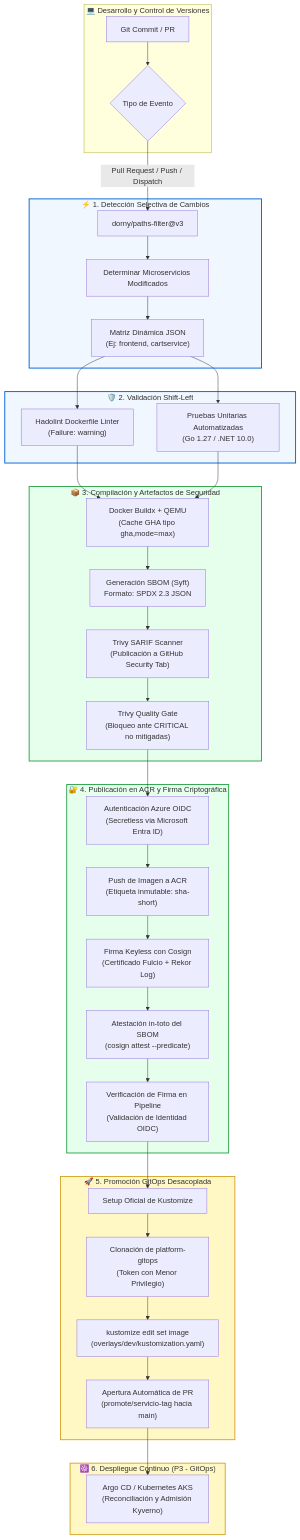
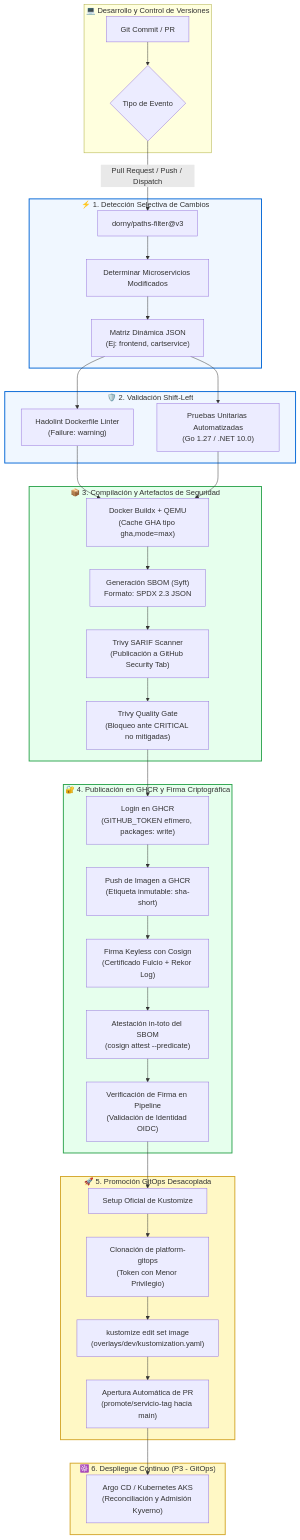
One commit to miguelortiz13/online-boutique-ci changed the diagram in README.md. Above: the diagram before and after it, drawn with Mermaid. The commit also changed other lines of this file and 3 other files, not shown here.

First line of the commit message:
feat(ci): publicar imágenes en GHCR en lugar de ACR (#9)

````diff
--- a/README.md
+++ b/README.md
@@ -16,50 +16,50 @@
 ```mermaid
 flowchart TD
     subgraph DevWork ["💻 Desarrollo y Control de Versiones"]
         Commit["Git Commit / PR"] --> EventFilter{"Tipo de Evento"}
     end
 
     subgraph Phase1 ["⚡ 1. Detección Selectiva de Cambios"]
         EventFilter -->|Pull Request / Push / Dispatch| PF["dorny/paths-filter@v3"]
         PF --> SvcDetect["Determinar Microservicios Modificados"]
         SvcDetect --> SvcMatrix["Matriz Dinámica JSON<br/>(Ej: frontend, cartservice)"]
     end
 
     subgraph Phase2 ["🛡️ 2. Validación Shift-Left"]
         SvcMatrix --> Hadolint["Hadolint Dockerfile Linter<br/>(Failure: warning)"]
         SvcMatrix --> UnitTests["Pruebas Unitarias Automatizadas<br/>(Go 1.27 / .NET 10.0)"]
     end
 
     subgraph Phase3 ["📦 3. Compilación y Artefactos de Seguridad"]
         Hadolint & UnitTests --> Buildx["Docker Buildx + QEMU<br/>(Cache GHA tipo gha,mode=max)"]
         Buildx --> Syft["Generación SBOM (Syft)<br/>Formato: SPDX 2.3 JSON"]
         Syft --> TrivySarif["Trivy SARIF Scanner<br/>(Publicación a GitHub Security Tab)"]
         TrivySarif --> TrivyGate["Trivy Quality Gate<br/>(Bloqueo ante CRITICAL no mitigadas)"]
     end
 
-    subgraph Phase4 ["🔐 4. Publicación en ACR y Firma Criptográfica"]
-        TrivyGate --> AzureOIDC["Autenticación Azure OIDC<br/>(Secretless via Microsoft Entra ID)"]
-        AzureOIDC --> ACRPush["Push de Imagen a ACR<br/>(Etiqueta inmutable: sha-short)"]
+    subgraph Phase4 ["🔐 4. Publicación en GHCR y Firma Criptográfica"]
+        TrivyGate --> GhcrLogin["Login en GHCR<br/>(GITHUB_TOKEN efímero, packages: write)"]
+        GhcrLogin --> ACRPush["Push de Imagen a GHCR<br/>(Etiqueta inmutable: sha-short)"]
         ACRPush --> CosignSign["Firma Keyless con Cosign<br/>(Certificado Fulcio + Rekor Log)"]
         CosignSign --> CosignAttest["Atestación in-toto del SBOM<br/>(cosign attest --predicate)"]
         CosignAttest --> CosignVerify["Verificación de Firma en Pipeline<br/>(Validación de Identidad OIDC)"]
     end
 
     subgraph Phase5 ["🚀 5. Promoción GitOps Desacoplada"]
         CosignVerify --> KustomizeSetup["Setup Oficial de Kustomize"]
         KustomizeSetup --> CloneGitOps["Clonación de platform-gitops<br/>(Token con Menor Privilegio)"]
         CloneGitOps --> KustomizeEdit["kustomize edit set image<br/>(overlays/dev/kustomization.yaml)"]
         KustomizeEdit --> CreatePR["Apertura Automática de PR<br/>(promote/servicio-tag hacia main)"]
     end
 
     subgraph Downstream ["☸️ 6. Despliegue Continuo (P3 - GitOps)"]
         CreatePR --> ArgoCD["Argo CD / Kubernetes AKS<br/>(Reconciliación y Admisión Kyverno)"]
     end
 
     classDef stage fill:#f0f7ff,stroke:#0366d6,stroke-width:2px;
     classDef security fill:#e6ffed,stroke:#2ea44f,stroke-width:2px;
     classDef gitops fill:#fff8c5,stroke:#d4a72c,stroke-width:2px;
     class Phase1,Phase2 stage;
     class Phase3,Phase4 security;
     class Phase5,Downstream gitops;
 ```
````
